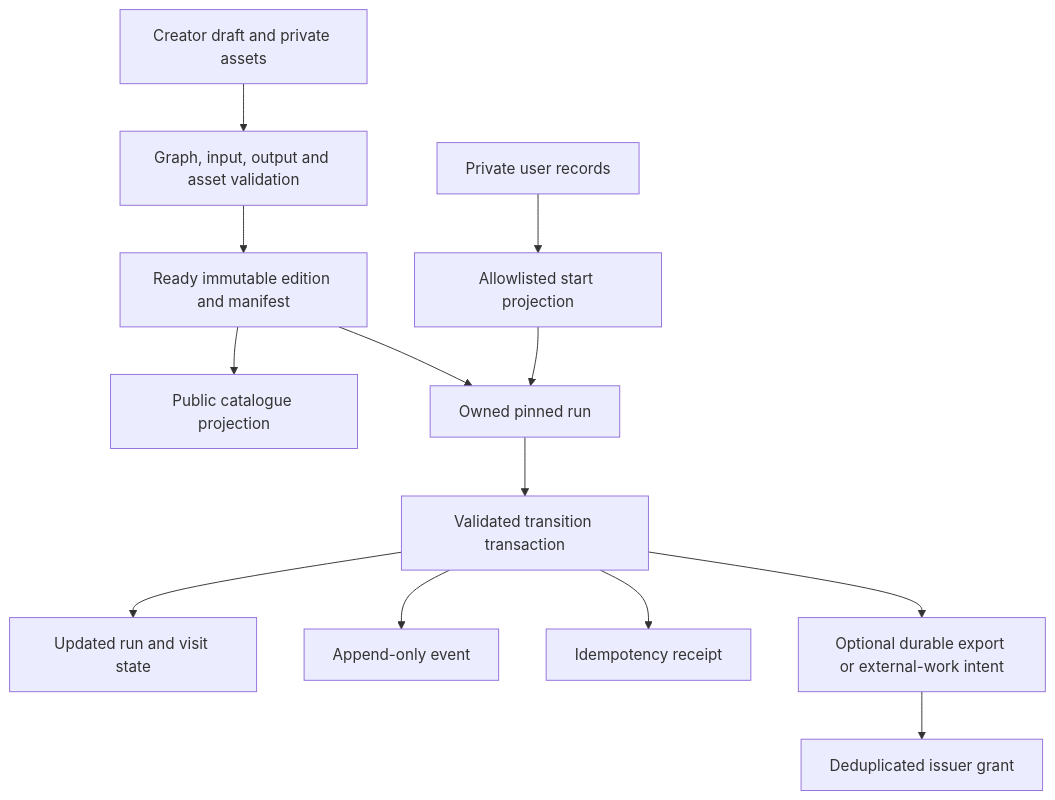
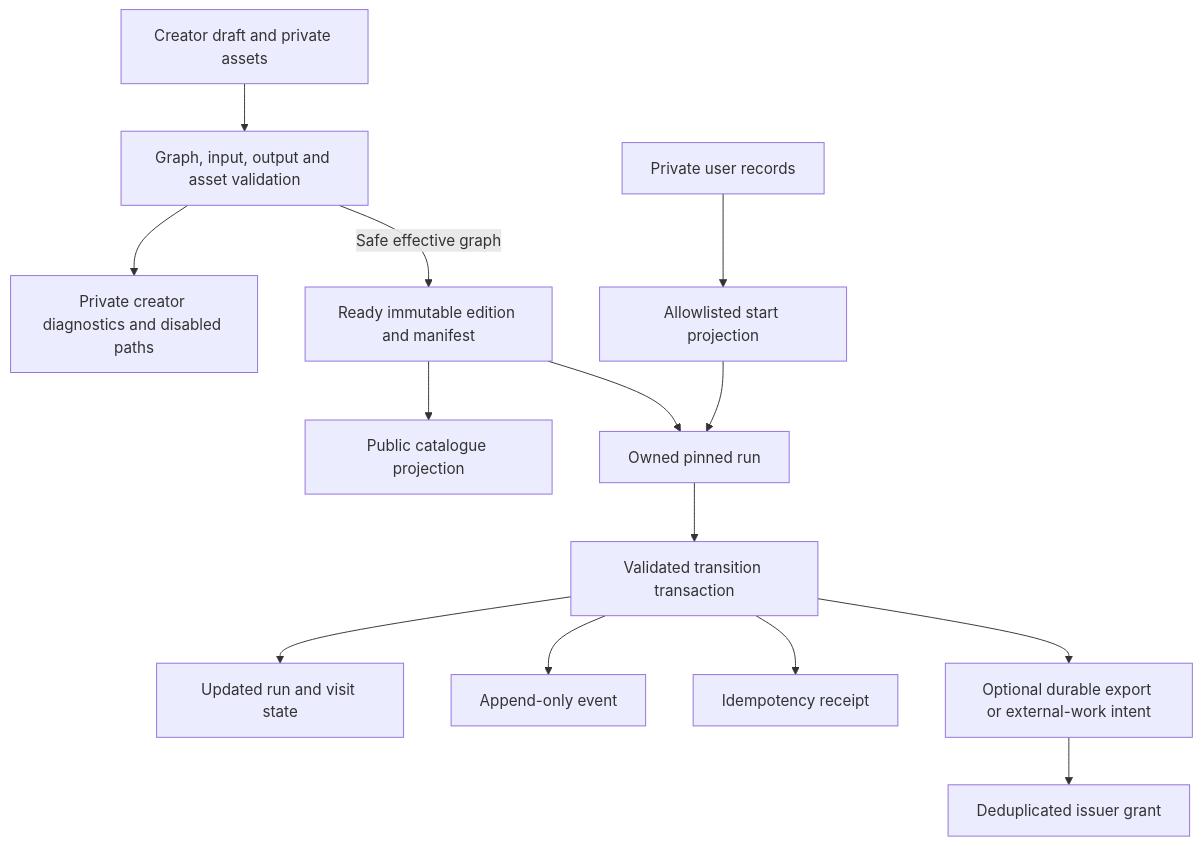
The first of 2 diagrams in docs/story-system/data-storage.md (rcereghini/storybranch), drawn with Mermaid before and after one commit. The commit also changed other lines of this file and 148 other files, not shown here.

````diff
--- a/docs/story-system/data-storage.md
+++ b/docs/story-system/data-storage.md
@@ -25,15 +31,16 @@
 ```mermaid
 flowchart TD
   Draft[Creator draft and private assets] --> Validation[Graph, input, output and asset validation]
-  Validation --> Edition[Ready immutable edition and manifest]
+  Validation --> Diagnostics[Private creator diagnostics and disabled paths]
+  Validation -->|Safe effective graph| Edition[Ready immutable edition and manifest]
   Edition --> Catalogue[Public catalogue projection]
   Edition --> Run[Owned pinned run]
   Account[Private user records] --> Projection[Allowlisted start projection]
   Projection --> Run
   Run --> Tx[Validated transition transaction]
   Tx --> State[Updated run and visit state]
   Tx --> Event[Append-only event]
   Tx --> Receipt[Idempotency receipt]
   Tx --> Outbox[Optional durable export or external-work intent]
   Outbox --> Claim[Deduplicated issuer grant]
 ```
````
